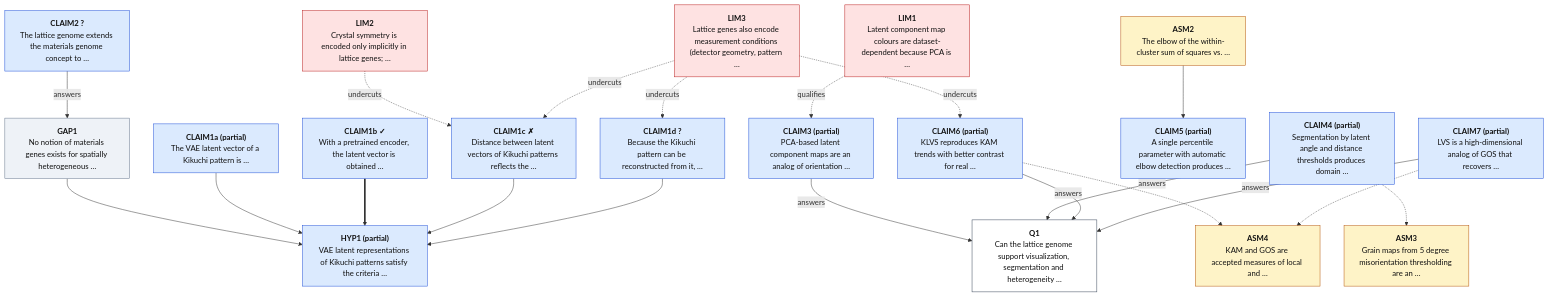
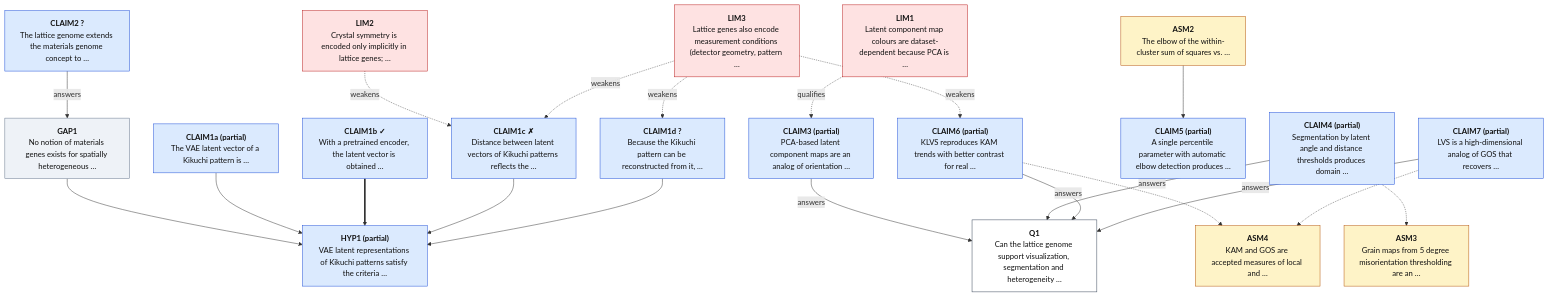
The diagram in examples/wang2026_lattice_genome/generated/wang2026_lattice_genome_core.mmd (lab-mids/claim-chain), drawn with Mermaid before and after one commit. The commit also changed 36 other files, not shown here.

Commit message:
Convert undercuts to weakens

```diff
--- a/examples/wang2026_lattice_genome/generated/wang2026_lattice_genome_core.mmd
+++ b/examples/wang2026_lattice_genome/generated/wang2026_lattice_genome_core.mmd
@@ -1,48 +1,48 @@
 flowchart TD
   GAP1 --> HYP1
   CLAIM1a --> HYP1
   CLAIM1b ==> HYP1
   CLAIM1c --> HYP1
   CLAIM1d --> HYP1
   CLAIM2 -->|answers| GAP1
   CLAIM3 -->|answers| Q1
   LIM1 -.->|qualifies| CLAIM3
   CLAIM4 -->|answers| Q1
   ASM2 --> CLAIM5
-  LIM3 -.->|undercuts| CLAIM6
+  LIM3 -.->|weakens| CLAIM6
   CLAIM6 -->|answers| Q1
   CLAIM7 -->|answers| Q1
-  LIM2 -.->|undercuts| CLAIM1c
-  LIM3 -.->|undercuts| CLAIM1c
-  LIM3 -.->|undercuts| CLAIM1d
+  LIM2 -.->|weakens| CLAIM1c
+  LIM3 -.->|weakens| CLAIM1c
+  LIM3 -.->|weakens| CLAIM1d
   CLAIM4 -.-> ASM3
   CLAIM6 -.-> ASM4
   CLAIM7 -.-> ASM4
   ASM2["<b>ASM2</b><br/>The elbow of the within-cluster sum of squares vs. …"]:::asm
   ASM3["<b>ASM3</b><br/>Grain maps from 5 degree misorientation thresholding are an …"]:::asm
   ASM4["<b>ASM4</b><br/>KAM and GOS are accepted measures of local and …"]:::asm
   CLAIM1a["<b>CLAIM1a (partial)</b><br/>The VAE latent vector of a Kikuchi pattern is …"]:::claim
   CLAIM1b["<b>CLAIM1b ✓</b><br/>With a pretrained encoder, the latent vector is obtained …"]:::claim
   CLAIM1c["<b>CLAIM1c ✗</b><br/>Distance between latent vectors of Kikuchi patterns reflects the …"]:::claim
   CLAIM1d["<b>CLAIM1d ?</b><br/>Because the Kikuchi pattern can be reconstructed from it, …"]:::claim
   CLAIM2["<b>CLAIM2 ?</b><br/>The lattice genome extends the materials genome concept to …"]:::claim
   CLAIM3["<b>CLAIM3 (partial)</b><br/>PCA-based latent component maps are an analog of orientation …"]:::claim
   CLAIM4["<b>CLAIM4 (partial)</b><br/>Segmentation by latent angle and distance thresholds produces domain …"]:::claim
   CLAIM5["<b>CLAIM5 (partial)</b><br/>A single percentile parameter with automatic elbow detection produces …"]:::claim
   CLAIM6["<b>CLAIM6 (partial)</b><br/>KLVS reproduces KAM trends with better contrast for real …"]:::claim
   CLAIM7["<b>CLAIM7 (partial)</b><br/>LVS is a high-dimensional analog of GOS that recovers …"]:::claim
   GAP1["<b>GAP1</b><br/>No notion of materials genes exists for spatially heterogeneous …"]:::bg
   HYP1["<b>HYP1 (partial)</b><br/>VAE latent representations of Kikuchi patterns satisfy the criteria …"]:::claim
   LIM1["<b>LIM1</b><br/>Latent component map colours are dataset-dependent because PCA is …"]:::lim
   LIM2["<b>LIM2</b><br/>Crystal symmetry is encoded only implicitly in lattice genes; …"]:::lim
   LIM3["<b>LIM3</b><br/>Lattice genes also encode measurement conditions (detector geometry, pattern …"]:::lim
   Q1["<b>Q1</b><br/>Can the lattice genome support visualization, segmentation and heterogeneity …"]:::q
   classDef bg fill:#eef2f7,stroke:#64748b,color:#111
   classDef claim fill:#dbeafe,stroke:#1d4ed8,color:#111
   classDef obs fill:#dcfce7,stroke:#15803d,color:#111
   classDef lim fill:#fee2e2,stroke:#b91c1c,color:#111
   classDef asm fill:#fef3c7,stroke:#b45309,color:#111
   classDef meth fill:#f3e8ff,stroke:#7e22ce,color:#111
   classDef out fill:#f1f5f9,stroke:#94a3b8,color:#111,stroke-dasharray:4 3
   classDef q fill:#ffffff,stroke:#334155,color:#111
   classDef ext fill:#ffffff,stroke:#64748b,color:#111,stroke-dasharray:2 2
```
